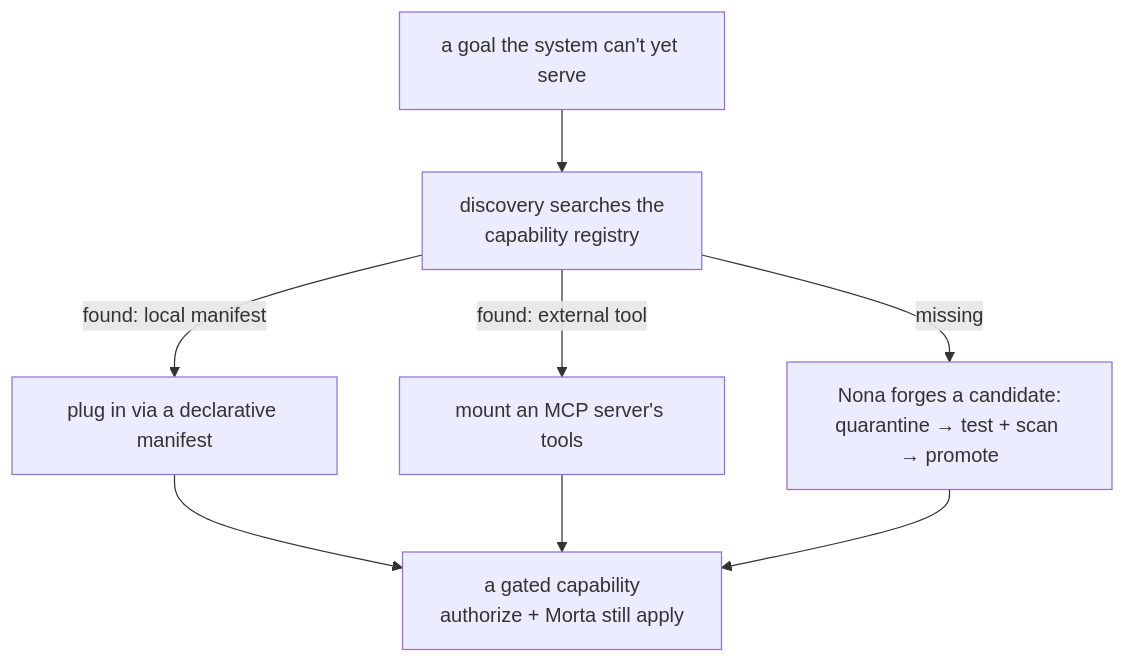
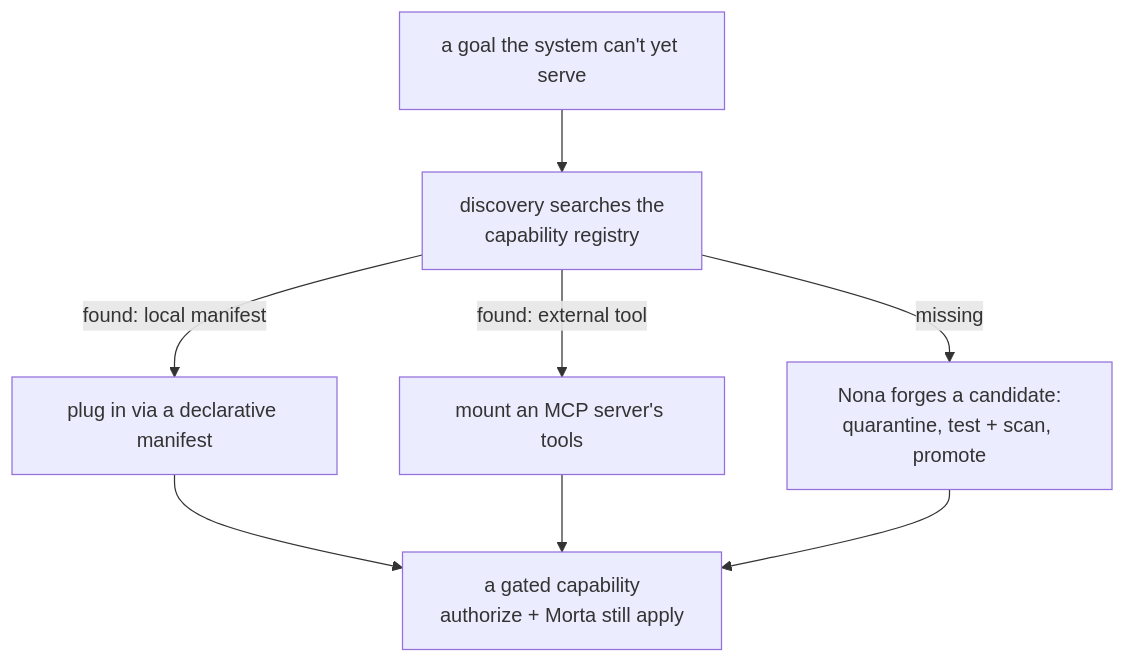
The fourth of 4 diagrams in README.md (Judgernaut777/Decima), drawn with Mermaid before and after one commit. The commit also changed other lines of this file, not shown here.

First line of the commit message:
docs: fix mermaid rendering — quote all node/edge labels, ASCII arrows

````diff
--- a/README.md
+++ b/README.md
@@ -92,10 +92,10 @@
 ```mermaid
 flowchart TB
-    G[a goal the system can't yet serve] --> Disc[discovery searches the<br/>capability registry]
-    Disc -->|found: local manifest| Plug[plug in via a declarative manifest]
-    Disc -->|found: external tool| Mcp[mount an MCP server's tools]
-    Disc -->|missing| Nona[Nona forges a candidate:<br/>quarantine → test + scan → promote]
-    Plug --> Gated[a gated capability<br/>authorize + Morta still apply]
+    G["a goal the system can't yet serve"] --> Disc["discovery searches the<br/>capability registry"]
+    Disc -->|"found: local manifest"| Plug["plug in via a declarative manifest"]
+    Disc -->|"found: external tool"| Mcp["mount an MCP server's tools"]
+    Disc -->|missing| Nona["Nona forges a candidate:<br/>quarantine, test + scan, promote"]
+    Plug --> Gated["a gated capability<br/>authorize + Morta still apply"]
     Mcp --> Gated
     Nona --> Gated
 ```
````
